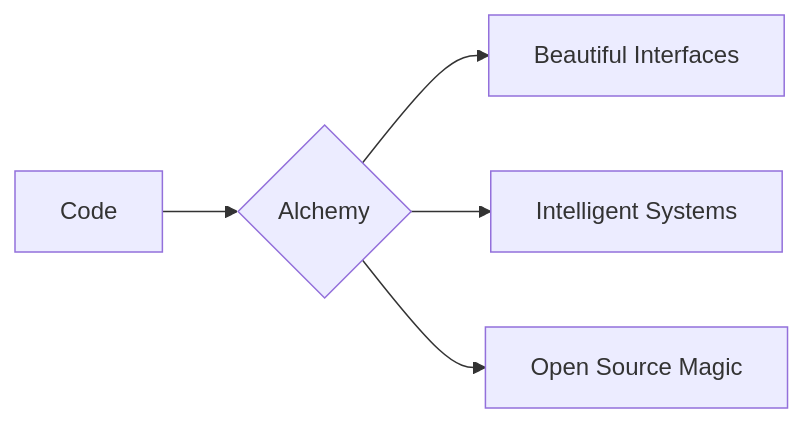
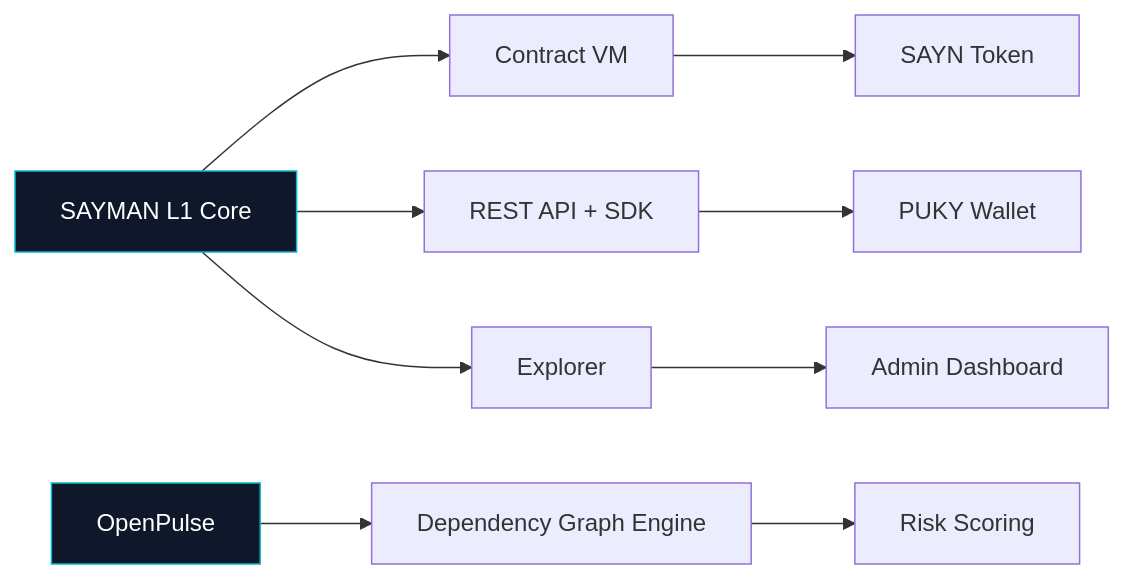
One commit to saymanlal/saymanlal changed the diagram in README.md. Above: the diagram before and after it, drawn with Mermaid. The commit also changed other lines of this file, not shown here.

````diff
--- a/README.md
+++ b/README.md
@@ -6,7 +116,13 @@
 ```mermaid
 graph LR
-    A[Code] --> B{Alchemy}
-    B --> C[Beautiful Interfaces]
-    B --> D[Intelligent Systems]
-    B --> E[Open Source Magic]
+    A[SAYMAN L1 Core] --> B[Contract VM]
+    A --> C[REST API + SDK]
+    A --> D[Explorer]
+    B --> E[SAYN Token]
+    C --> F[PUKY Wallet]
+    D --> G[Admin Dashboard]
+    H[OpenPulse] --> I[Dependency Graph Engine]
+    I --> J[Risk Scoring]
+    style A fill:#0F172A,stroke:#06B6D4,color:#fff
+    style H fill:#0F172A,stroke:#06B6D4,color:#fff
 ```
````
